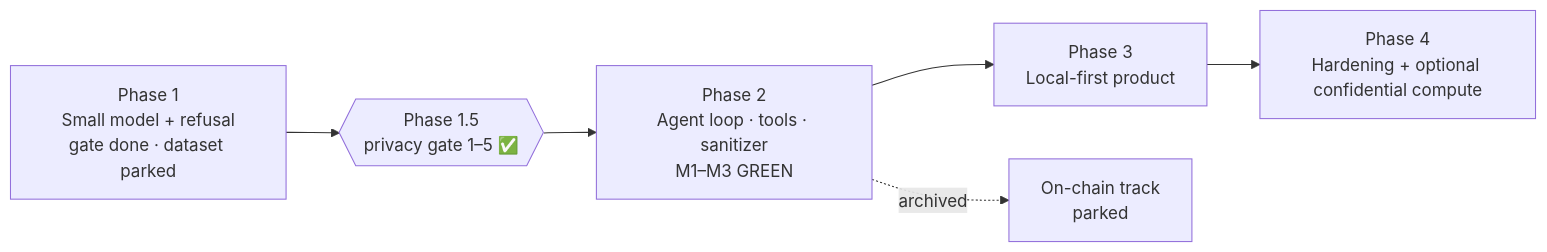
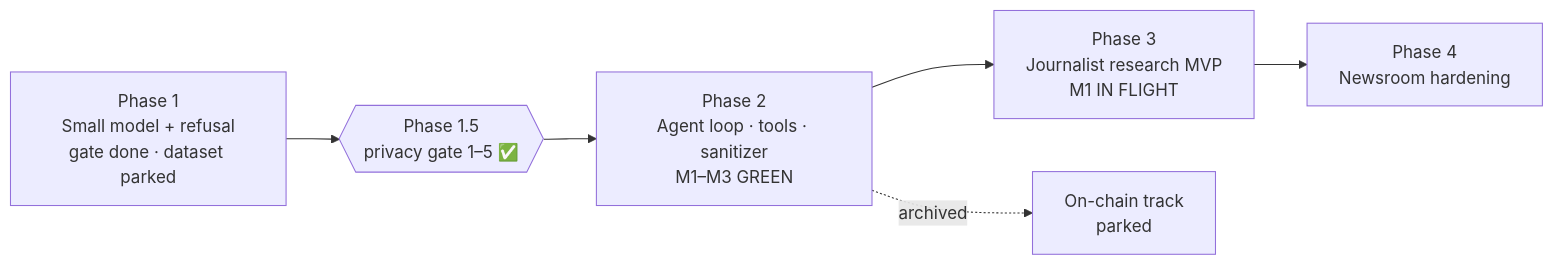
The diagram in ROADMAP.md (9lordisgod/salomon), drawn with Mermaid before and after one commit. The commit also changed other lines of this file and 3 other files, not shown here.

Commit message:
docs: Phase 3 M1 in flight + niche banners

````diff
--- a/ROADMAP.md
+++ b/ROADMAP.md
@@ -6,8 +6,8 @@
 ```mermaid
 flowchart LR
   P1[Phase 1<br/>Small model + refusal<br/>gate done · dataset parked] --> G{{Phase 1.5<br/>privacy gate 1–5 ✅}}
   G --> P2[Phase 2<br/>Agent loop · tools · sanitizer<br/>M1–M3 GREEN]
-  P2 --> P3[Phase 3<br/>Local-first product]
-  P3 --> P4[Phase 4<br/>Hardening + optional confidential compute]
+  P2 --> P3[Phase 3<br/>Journalist research MVP<br/>M1 IN FLIGHT]
+  P3 --> P4[Phase 4<br/>Newsroom hardening]
   P2 -.archived.-> X[On-chain track<br/>parked]
 ```
````
